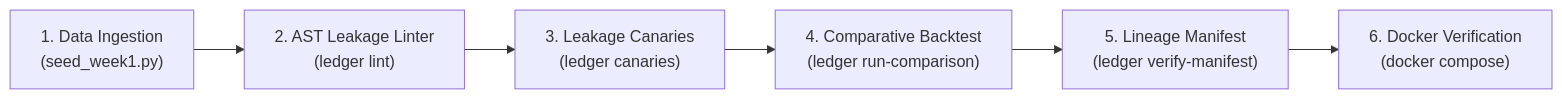
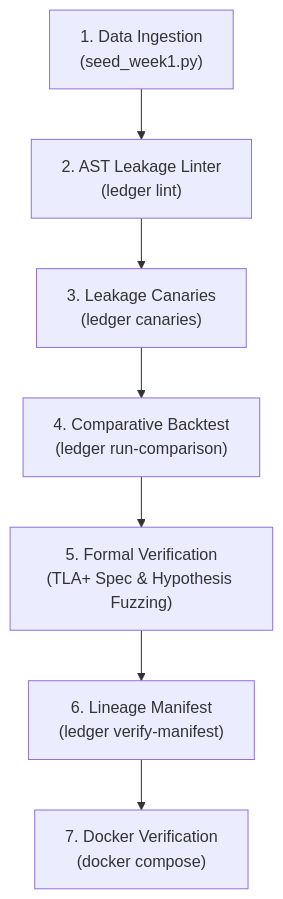
The diagram in DEMO_RUNBOOK.md (laila-kz/Ledger), drawn with Mermaid before and after one commit. The commit also changed other lines of this file, not shown here.

Commit message:
docs(runbook): update DEMO_RUNBOOK to v0.2.0 with formal verification script and video walkthrough

````diff
--- a/DEMO_RUNBOOK.md
+++ b/DEMO_RUNBOOK.md
@@ -59,8 +64,9 @@
 ```mermaid
-flowchart LR
+flowchart TD
     Step1["1. Data Ingestion<br/>(seed_week1.py)"] --> Step2["2. AST Leakage Linter<br/>(ledger lint)"]
     Step2 --> Step3["3. Leakage Canaries<br/>(ledger canaries)"]
     Step3 --> Step4["4. Comparative Backtest<br/>(ledger run-comparison)"]
-    Step4 --> Step5["5. Lineage Manifest<br/>(ledger verify-manifest)"]
-    Step5 --> Step6["6. Docker Verification<br/>(docker compose)"]
+    Step4 --> Step5["5. Formal Verification<br/>(TLA+ Spec & Hypothesis Fuzzing)"]
+    Step5 --> Step6["6. Lineage Manifest<br/>(ledger verify-manifest)"]
+    Step6 --> Step7["7. Docker Verification<br/>(docker compose)"]
 ```
````
